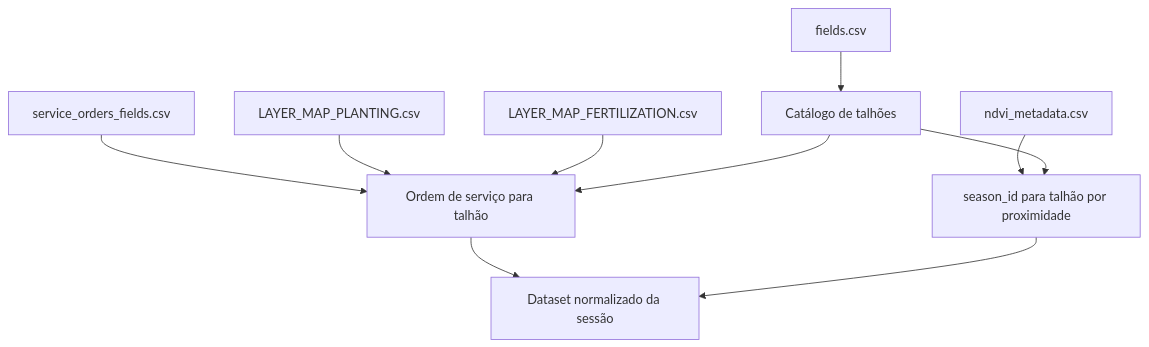
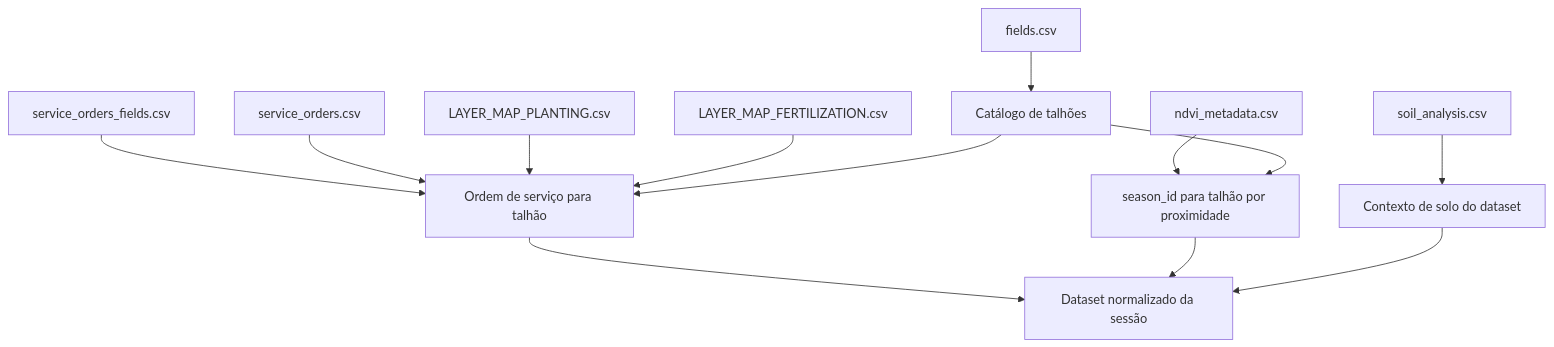
Before and after one commit to PaolaBiscaro/CSIMilho: the fifth of 16 diagrams in PIPELINES.md, drawn with Mermaid. The commit also changed other lines of this file and 30 other files, not shown here.

````diff
--- a/PIPELINES.md
+++ b/PIPELINES.md
@@ -92,12 +113,15 @@
 ```mermaid
 flowchart TB
     F["fields.csv"] --> FI["Catálogo de talhões"]
     SO["service_orders_fields.csv"] --> OM["Ordem de serviço para talhão"]
+    SC["service_orders.csv"] --> OM
     P["LAYER_MAP_PLANTING.csv"] --> OM
     A["LAYER_MAP_FERTILIZATION.csv"] --> OM
     N["ndvi_metadata.csv"] --> SM["season_id para talhão por proximidade"]
+    S["soil_analysis.csv"] --> SX["Contexto de solo do dataset"]
     FI --> OM
     FI --> SM
     OM --> DS["Dataset normalizado da sessão"]
     SM --> DS
+    SX --> DS
 ```
````
